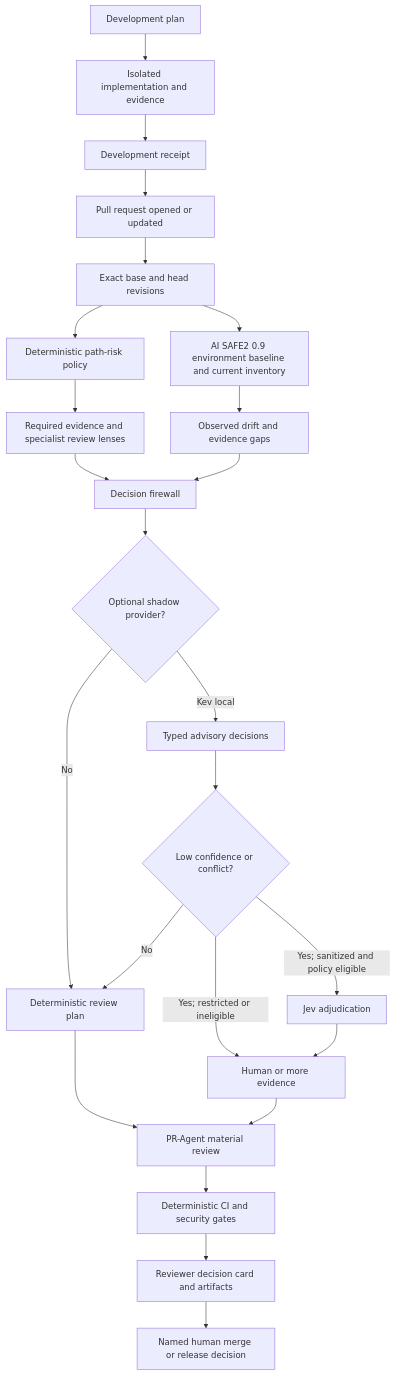
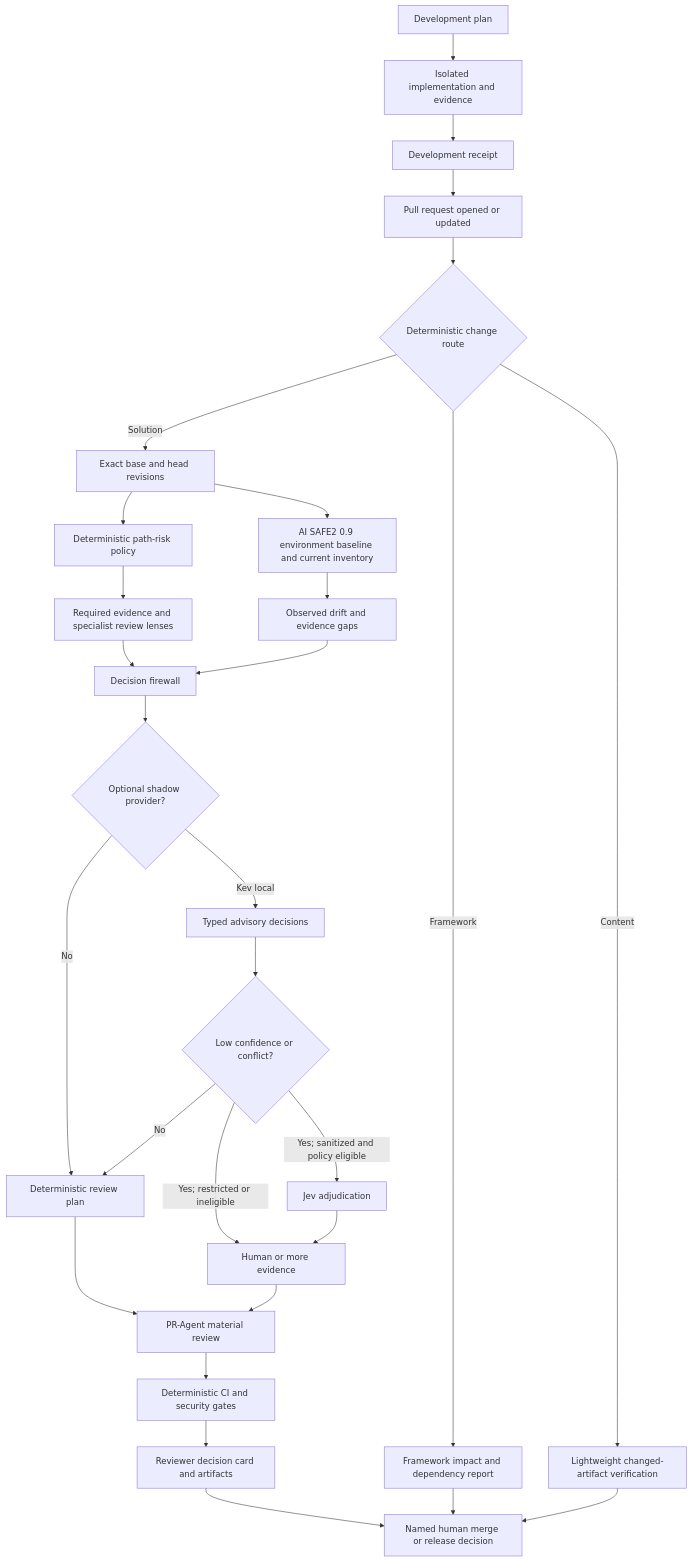
Before and after one commit to CyberStrategyInstitute/ai-safe2-framework: the first of 2 diagrams in docs/engineering/PR-DECISION-EVIDENCE-WORKFLOW.md, drawn with Mermaid. The commit also changed other lines of this file and 5 other files, not shown here.

````diff
--- a/docs/engineering/PR-DECISION-EVIDENCE-WORKFLOW.md
+++ b/docs/engineering/PR-DECISION-EVIDENCE-WORKFLOW.md
@@ -39,26 +53,31 @@
 ```mermaid
 flowchart TD
     S[Development plan] --> T[Isolated implementation and evidence]
     T --> U[Development receipt]
     U --> A[Pull request opened or updated]
-    A --> B[Exact base and head revisions]
+    A --> R{Deterministic change route}
+    R -->|Solution| B[Exact base and head revisions]
+    R -->|Framework| RI[Framework impact and dependency report]
+    R -->|Content| RC[Lightweight changed-artifact verification]
     B --> C[Deterministic path-risk policy]
     B --> D[AI SAFE2 0.9 environment baseline and current inventory]
     C --> E[Required evidence and specialist review lenses]
     D --> F[Observed drift and evidence gaps]
     E --> G[Decision firewall]
     F --> G
     G --> H{Optional shadow provider?}
     H -->|No| I[Deterministic review plan]
     H -->|Kev local| J[Typed advisory decisions]
     J --> K{Low confidence or conflict?}
     K -->|No| I
     K -->|Yes; sanitized and policy eligible| L[Jev adjudication]
     K -->|Yes; restricted or ineligible| M[Human or more evidence]
     L --> M
     I --> N[PR-Agent material review]
     M --> N
     N --> O[Deterministic CI and security gates]
     O --> P[Reviewer decision card and artifacts]
     P --> Q[Named human merge or release decision]
+    RI --> Q
+    RC --> Q
 ```
````
